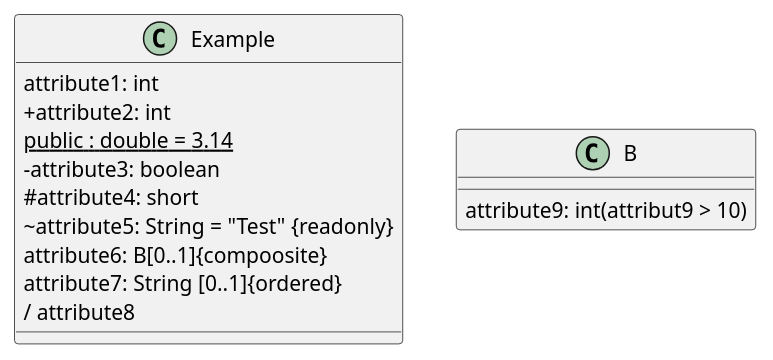
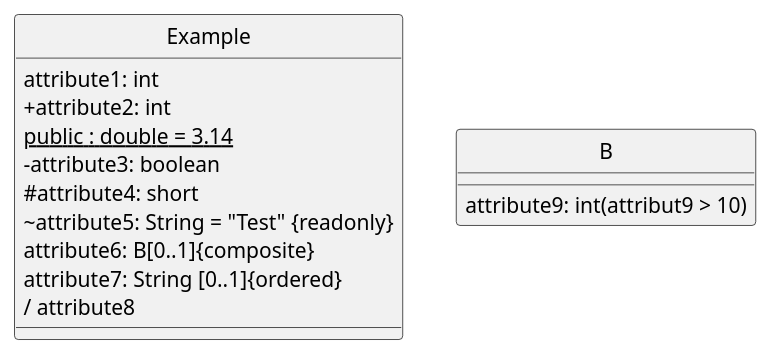
The diagram in code/10_UML/Graphs/AttributeExample.plantUML (TUBAF-IfI-LiaScript/VL_Softwareentwicklung), drawn with PlantUML before and after one commit. The commit also changed 9 other files, not shown here.

```diff
--- a/code/10_UML/Graphs/AttributeExample.plantUML
+++ b/code/10_UML/Graphs/AttributeExample.plantUML
@@ -1,18 +1,19 @@
 @startuml
 skinparam classAttributeIconSize 0
+hide circle
 class Example{
   attribute1: int
   + attribute2: int
   {static} public : double = 3.14
   - attribute3: boolean
   # attribute4: short
   ~ attribute5: String = "Test" {readonly}
-  attribute6: B[0..1]{compoosite}
+  attribute6: B[0..1]{composite}
   attribute7: String [0..1]{ordered}
   / attribute8
 }
 
 class B{
   attribute9: int(attribut9 > 10)
 }
 @enduml
```
